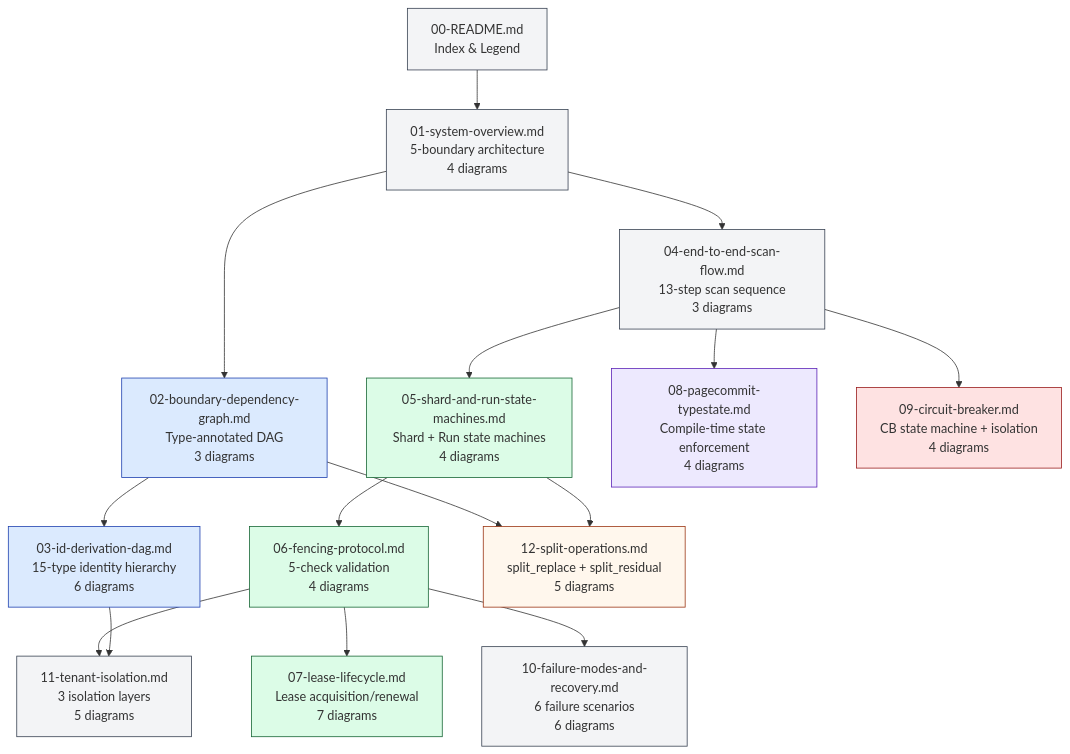
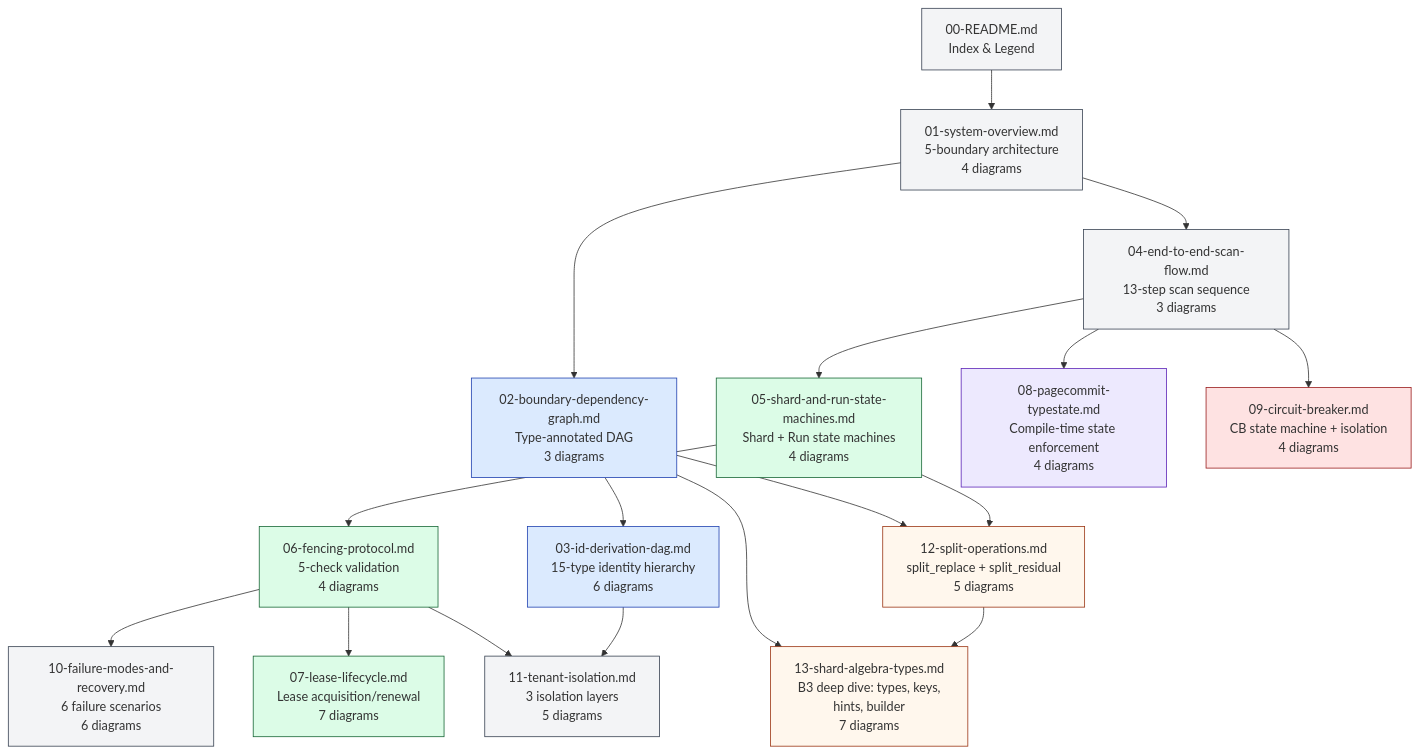
Before and after one commit to ahrav/Gossip-rs: the diagram in diagrams/00-README.md, drawn with Mermaid. The commit also changed other lines of this file and 8 other files, not shown here.

First line of the commit message:
Close B3 deep-dive task and add shard algebra types document

````diff
--- a/diagrams/00-README.md
+++ b/diagrams/00-README.md
@@ -32,49 +32,53 @@
 ```mermaid
 %% Diagram: file-relationship-map
 graph TD
     R[00-README.md<br/>Index & Legend]
 
     SO[01-system-overview.md<br/>5-boundary architecture<br/>4 diagrams]
     BD[02-boundary-dependency-graph.md<br/>Type-annotated DAG<br/>3 diagrams]
     ID[03-id-derivation-dag.md<br/>15-type identity hierarchy<br/>6 diagrams]
     E2E[04-end-to-end-scan-flow.md<br/>13-step scan sequence<br/>3 diagrams]
 
     SM[05-shard-and-run-state-machines.md<br/>Shard + Run state machines<br/>4 diagrams]
     FP[06-fencing-protocol.md<br/>5-check validation<br/>4 diagrams]
     LL[07-lease-lifecycle.md<br/>Lease acquisition/renewal<br/>7 diagrams]
     PC[08-pagecommit-typestate.md<br/>Compile-time state enforcement<br/>4 diagrams]
     CB[09-circuit-breaker.md<br/>CB state machine + isolation<br/>4 diagrams]
 
     FM[10-failure-modes-and-recovery.md<br/>6 failure scenarios<br/>6 diagrams]
     TI[11-tenant-isolation.md<br/>3 isolation layers<br/>5 diagrams]
     SP[12-split-operations.md<br/>split_replace + split_residual<br/>5 diagrams]
+    SA[13-shard-algebra-types.md<br/>B3 deep dive: types, keys,<br/>hints, builder<br/>7 diagrams]
 
     R --> SO
     SO --> BD
     SO --> E2E
     BD --> ID
     BD --> SP
     E2E --> SM
     SM --> FP
     FP --> LL
     E2E --> PC
     E2E --> CB
     SM --> SP
     FP --> FM
     FP --> TI
     ID --> TI
+    BD --> SA
+    SP --> SA
 
     style R fill:#F3F4F6,stroke:#374151
     style SO fill:#F3F4F6,stroke:#374151
     style BD fill:#DBEAFE,stroke:#1E40AF
     style ID fill:#DBEAFE,stroke:#1E40AF
     style E2E fill:#F3F4F6,stroke:#374151
     style SM fill:#DCFCE7,stroke:#166534
     style FP fill:#DCFCE7,stroke:#166534
     style LL fill:#DCFCE7,stroke:#166534
     style PC fill:#EDE9FE,stroke:#5B21B6
     style CB fill:#FEE2E2,stroke:#991B1B
     style FM fill:#F3F4F6,stroke:#374151
     style TI fill:#F3F4F6,stroke:#374151
     style SP fill:#FFF7ED,stroke:#9A3412
+    style SA fill:#FFF7ED,stroke:#9A3412
 ```
````
